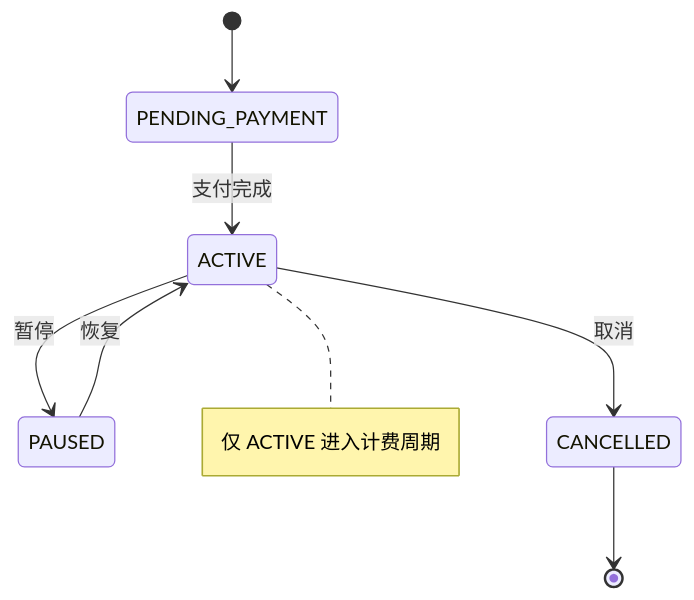
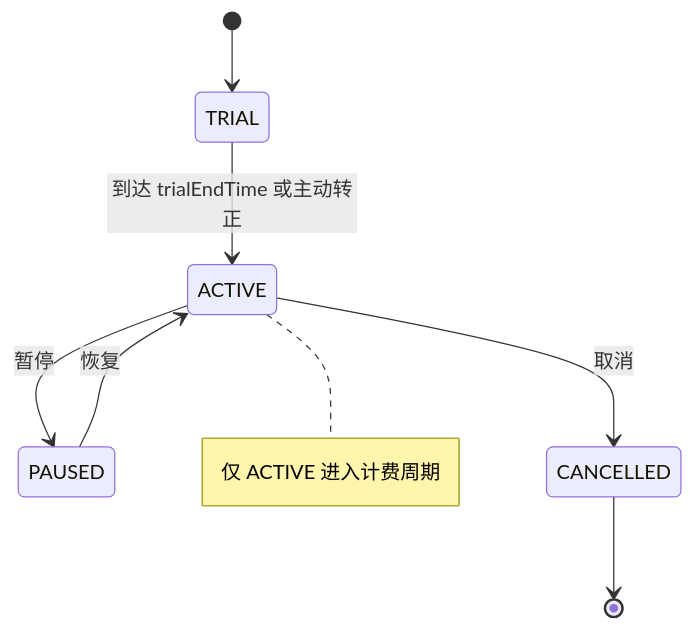
Before and after one commit to rosestack/rose-playground: the second of 12 diagrams in rose-backend/rose-service/rose-billing-service/docs/billing-domain-model.md, drawn with Mermaid. The commit also changed other lines of this file and 37 other files, not shown here.

````diff
--- a/rose-backend/rose-service/rose-billing-service/docs/billing-domain-model.md
+++ b/rose-backend/rose-service/rose-billing-service/docs/billing-domain-model.md
@@ -105,10 +148,10 @@
 ```mermaid
 stateDiagram-v2
-  [*] --> PENDING_PAYMENT
-  PENDING_PAYMENT --> ACTIVE: 支付完成
+  [*] --> TRIAL
+  TRIAL --> ACTIVE: 到达 trialEndTime 或主动转正
   ACTIVE --> PAUSED: 暂停
   PAUSED --> ACTIVE: 恢复
   ACTIVE --> CANCELLED: 取消
   CANCELLED --> [*]
   note right of ACTIVE: 仅 ACTIVE 进入计费周期
 ```
````
